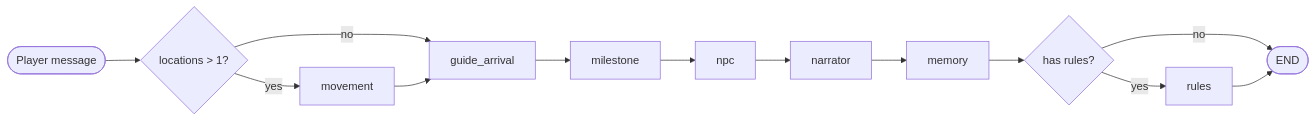
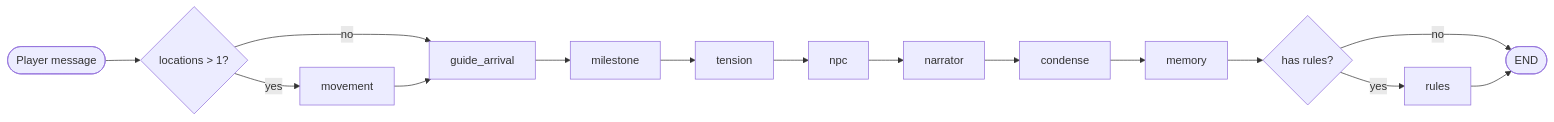
Before and after one commit to mcgowee/roleplay-langgraph: the third of 4 diagrams in documents/LANGGRAPH_PIPELINE.md, drawn with Mermaid. The commit also changed other lines of this file and 5 other files, not shown here.

First line of the commit message:
feat: add tension tracking, memory condensation, and updated pipeline docs

````diff
--- a/documents/LANGGRAPH_PIPELINE.md
+++ b/documents/LANGGRAPH_PIPELINE.md
@@ -131,15 +170,17 @@
 ```mermaid
 flowchart LR
   START([Player message]) --> ENTRY{locations > 1?}
   ENTRY -->|yes| MOV[movement]
   ENTRY -->|no| GA[guide_arrival]
   MOV --> GA
   GA --> MS[milestone]
-  MS --> NPC[npc]
+  MS --> TEN[tension]
+  TEN --> NPC[npc]
   NPC --> NAR[narrator]
-  NAR --> MEM[memory]
+  NAR --> COND[condense]
+  COND --> MEM[memory]
   MEM --> MEMR{has rules?}
   MEMR -->|yes| RULES[rules]
   MEMR -->|no| DONE([END])
   RULES --> DONE
 ```
````
